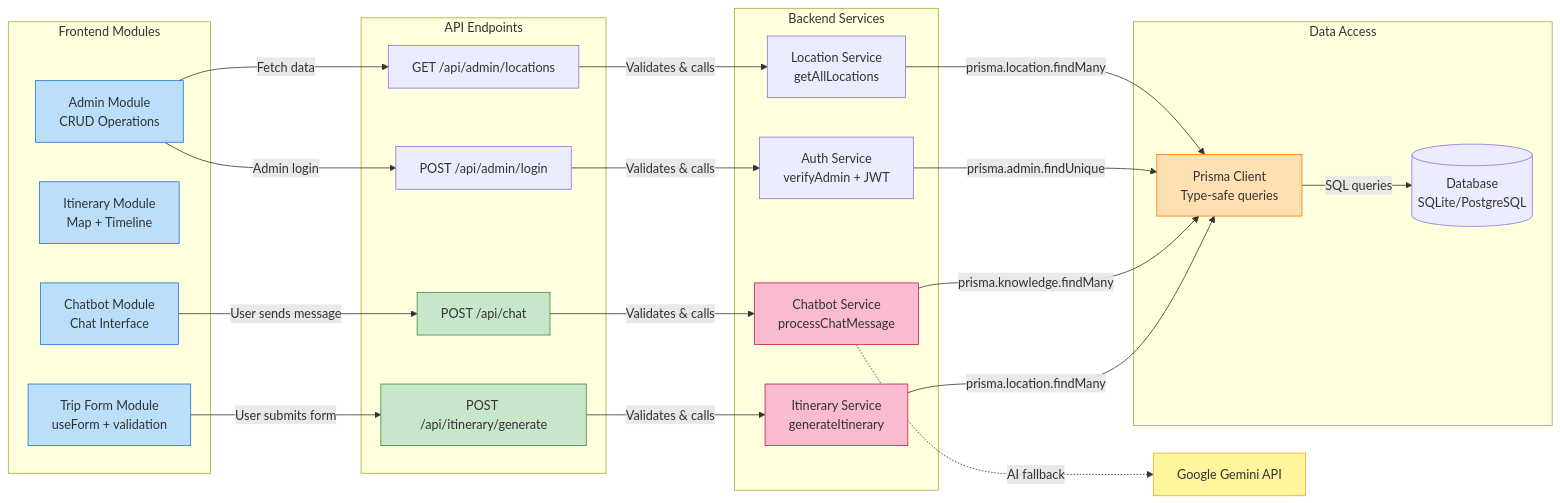
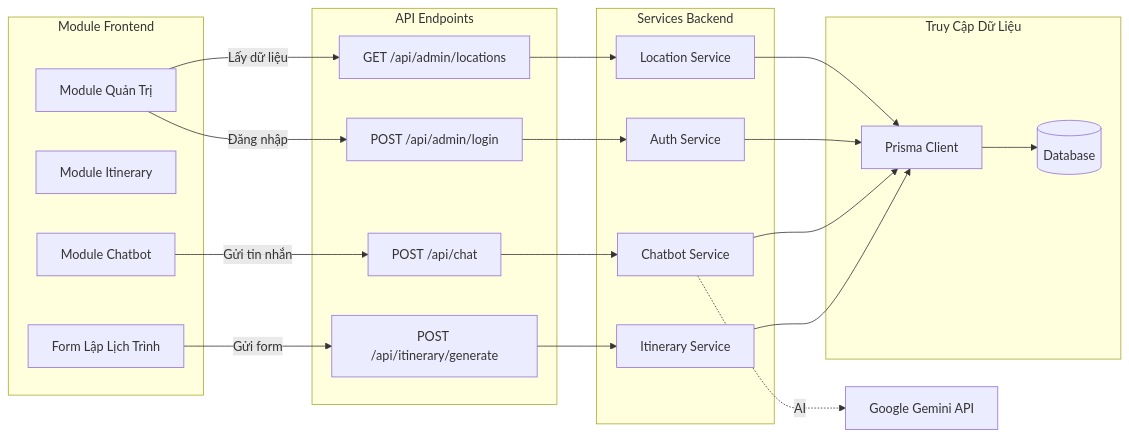
One commit to Doggie-H/Dana-Travel changed the second of 16 diagrams in docs/ARCHITECTURE.md. Above: the diagram before and after it, drawn with Mermaid. The commit also changed other lines of this file, not shown here.

````diff
--- a/docs/ARCHITECTURE.md
+++ b/docs/ARCHITECTURE.md
@@ -103,58 +93,47 @@
 ```mermaid
 graph LR
-    subgraph "Frontend Modules"
-        FE1[Trip Form Module<br/>useForm + validation]
-        FE2[Itinerary Module<br/>Map + Timeline]
-        FE3[Chatbot Module<br/>Chat Interface]
-        FE4[Admin Module<br/>CRUD Operations]
+    subgraph "Module Frontend"
+        FE1[Form Lập Lịch Trình]
+        FE2[Module Itinerary]
+        FE3[Module Chatbot]
+        FE4[Module Quản Trị]
     end
     
     subgraph "API Endpoints"
         API1[POST /api/itinerary/generate]
         API2[POST /api/chat]
         API3[POST /api/admin/login]
         API4[GET /api/admin/locations]
     end
     
-    subgraph "Backend Services"
-        BE1[Itinerary Service<br/>generateItinerary]
-        BE2[Chatbot Service<br/>processChatMessage]
-        BE3[Auth Service<br/>verifyAdmin + JWT]
-        BE4[Location Service<br/>getAllLocations]
+    subgraph "Services Backend"
+        BE1[Itinerary Service]
+        BE2[Chatbot Service]
+        BE3[Auth Service]
+        BE4[Location Service]
     end
     
-    subgraph "Data Access"
-        DB1[Prisma Client<br/>Type-safe queries]
-        DB2[(Database<br/>SQLite/PostgreSQL)]
+    subgraph "Truy Cập Dữ Liệu"
+        DB1[Prisma Client]
+        DB2[(Database)]
     end
     
-    FE1 -->|User submits form| API1
-    FE3 -->|User sends message| API2
-    FE4 -->|Admin login| API3
-    FE4 -->|Fetch data| API4
+    FE1 -->|Gửi form| API1
+    FE3 -->|Gửi tin nhắn| API2
+    FE4 -->|Đăng nhập| API3
+    FE4 -->|Lấy dữ liệu| API4
     
-    API1 -->|Validates & calls| BE1
-    API2 -->|Validates & calls| BE2
-    API3 -->|Validates & calls| BE3
-    API4 -->|Validates & calls| BE4
+    API1 --> BE1
+    API2 --> BE2
+    API3 --> BE3
+    API4 --> BE4
     
-    BE1 -->|prisma.location.findMany| DB1
-    BE2 -->|prisma.knowledge.findMany| DB1
-    BE3 -->|prisma.admin.findUnique| DB1
-    BE4 -->|prisma.location.findMany| DB1
+    BE1 --> DB1
+    BE2 --> DB1
+    BE3 --> DB1
+    BE4 --> DB1
     
-    DB1 -->|SQL queries| DB2
+    DB1 --> DB2
     
-    BE2 -.AI fallback.-> GEMINI[Google Gemini API]
-    
-    style FE1 fill:#bbdefb,stroke:#1976d2
-    style FE2 fill:#bbdefb,stroke:#1976d2
-    style FE3 fill:#bbdefb,stroke:#1976d2
-    style FE4 fill:#bbdefb,stroke:#1976d2
-    style API1 fill:#c8e6c9,stroke:#388e3c
-    style API2 fill:#c8e6c9,stroke:#388e3c
-    style BE1 fill:#f8bbd0,stroke:#c2185b
-    style BE2 fill:#f8bbd0,stroke:#c2185b
-    style DB1 fill:#ffe0b2,stroke:#f57c00
-    style GEMINI fill:#fff59d,stroke:#f9a825
+    BE2 -.AI.-> GEMINI[Google Gemini API]
 ```
````
